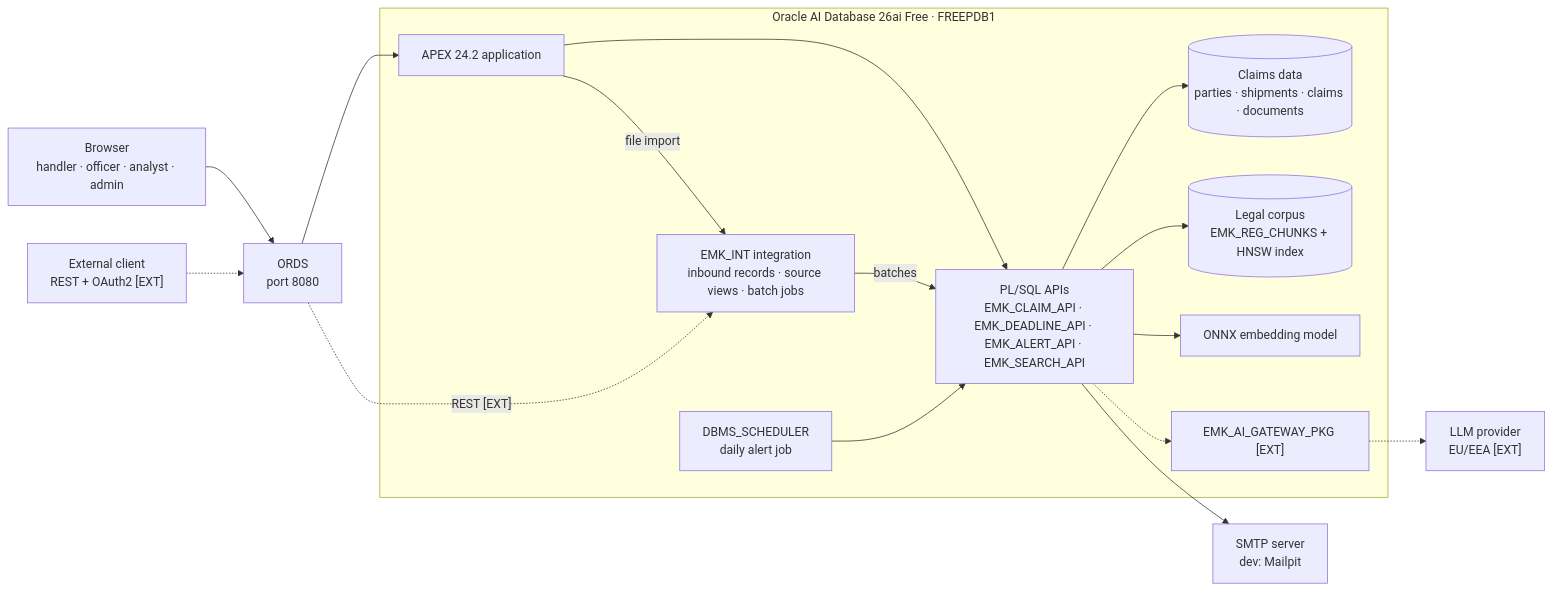
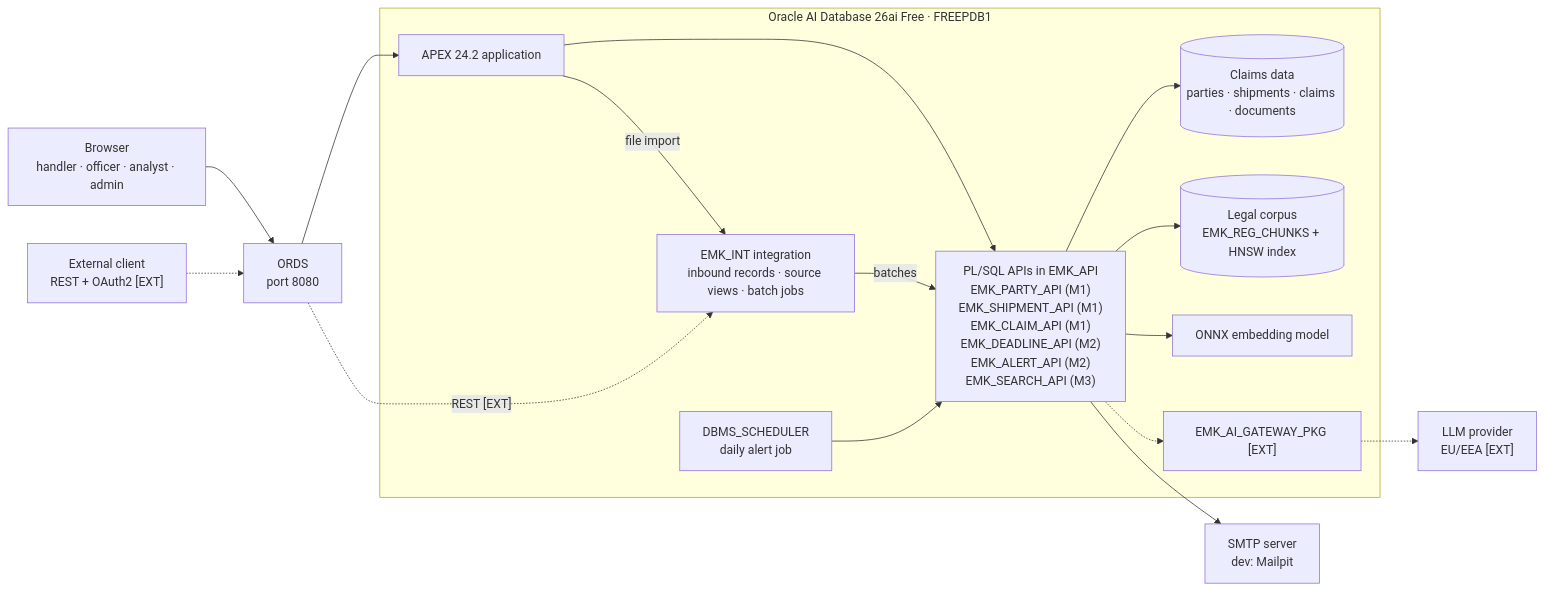
Before and after one commit to nmuller000/euromarket-claims-manager: the first of 6 diagrams in docs/spec.md, drawn with Mermaid. The commit also changed other lines of this file and 1 other file, not shown here.

First line of the commit message:
docs: spec v1.20 - component diagram with every API and its milestone; CMR key dates and their columns

````diff
--- a/docs/spec.md
+++ b/docs/spec.md
@@ -29,27 +29,27 @@
 ```mermaid
 flowchart LR
     user["Browser<br/>handler · officer · analyst · admin"] --> ords["ORDS<br/>port 8080"]
     client["External client<br/>REST + OAuth2 [EXT]"] -.-> ords
     ords --> apex
     subgraph db["Oracle AI Database 26ai Free · FREEPDB1"]
         apex["APEX 24.2 application"]
-        api["PL/SQL APIs<br/>EMK_CLAIM_API · EMK_DEADLINE_API · EMK_ALERT_API · EMK_SEARCH_API"]
+        api["PL/SQL APIs in EMK_API<br/>EMK_PARTY_API (M1)<br/>EMK_SHIPMENT_API (M1)<br/>EMK_CLAIM_API (M1)<br/>EMK_DEADLINE_API (M2)<br/>EMK_ALERT_API (M2)<br/>EMK_SEARCH_API (M3)"]
         data[("Claims data<br/>parties · shipments · claims · documents")]
         corpus[("Legal corpus<br/>EMK_REG_CHUNKS + HNSW index")]
         onnx["ONNX embedding model"]
         job["DBMS_SCHEDULER<br/>daily alert job"]
         gw["EMK_AI_GATEWAY_PKG [EXT]"]
         integ["EMK_INT integration<br/>inbound records · source views · batch jobs"]
         apex --> api
         apex -->|file import| integ
         integ -->|batches| api
         api --> data
         api --> corpus
         api --> onnx
         job --> api
         api -.-> gw
     end
     ords -.->|"REST [EXT]"| integ
     api --> smtp["SMTP server<br/>dev: Mailpit"]
     gw -.-> llm["LLM provider<br/>EU/EEA [EXT]"]
 ```
````
